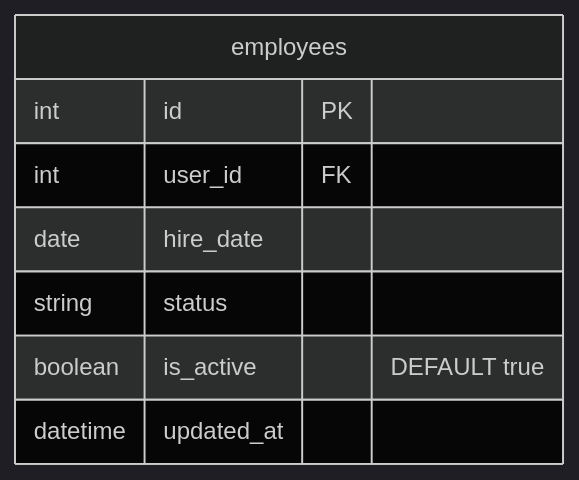
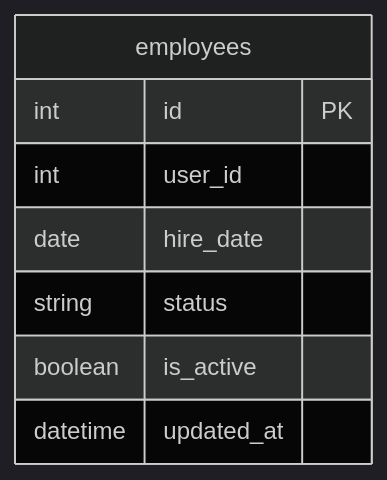
The diagram in S10/doc.md (YuriSilenok/KPK_UP2_24-1P11), drawn with Mermaid (dark theme) before and after one commit. The commit also changed other lines of this file, not shown here.

````diff
--- a/S10/doc.md
+++ b/S10/doc.md
@@ -125,11 +118,11 @@
 ```mermaid
 erDiagram
     employees {
         int id PK
-        int user_id FK
+        int user_id
         date hire_date
         string status
-        boolean is_active "DEFAULT true"
+        boolean is_active
         datetime updated_at
     }
 ```
````
